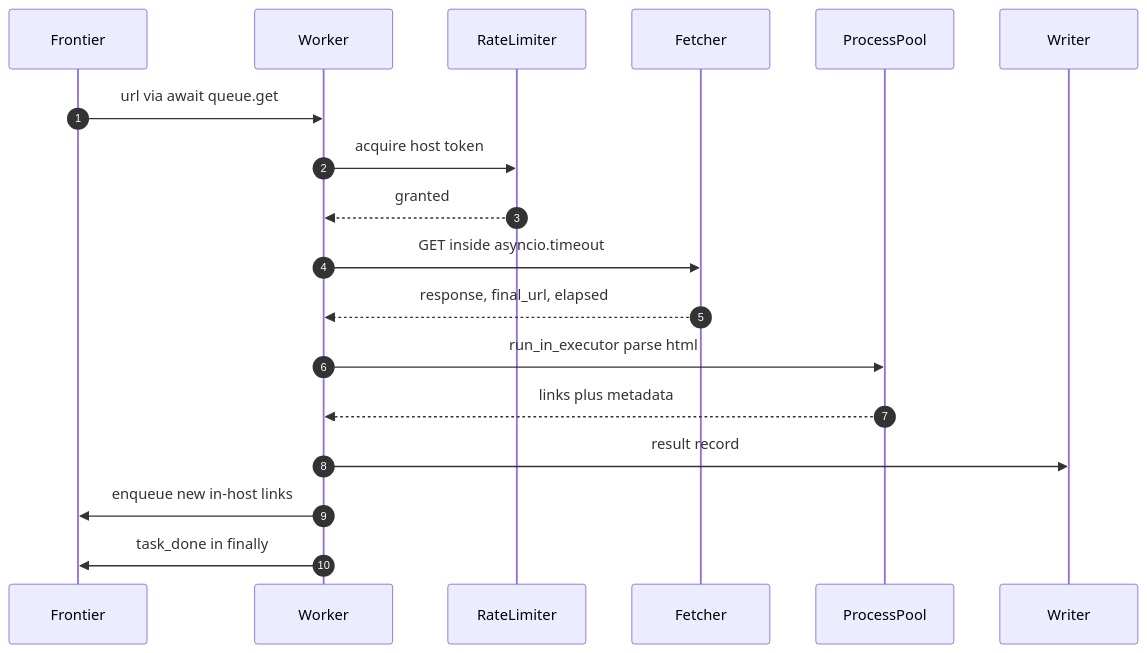
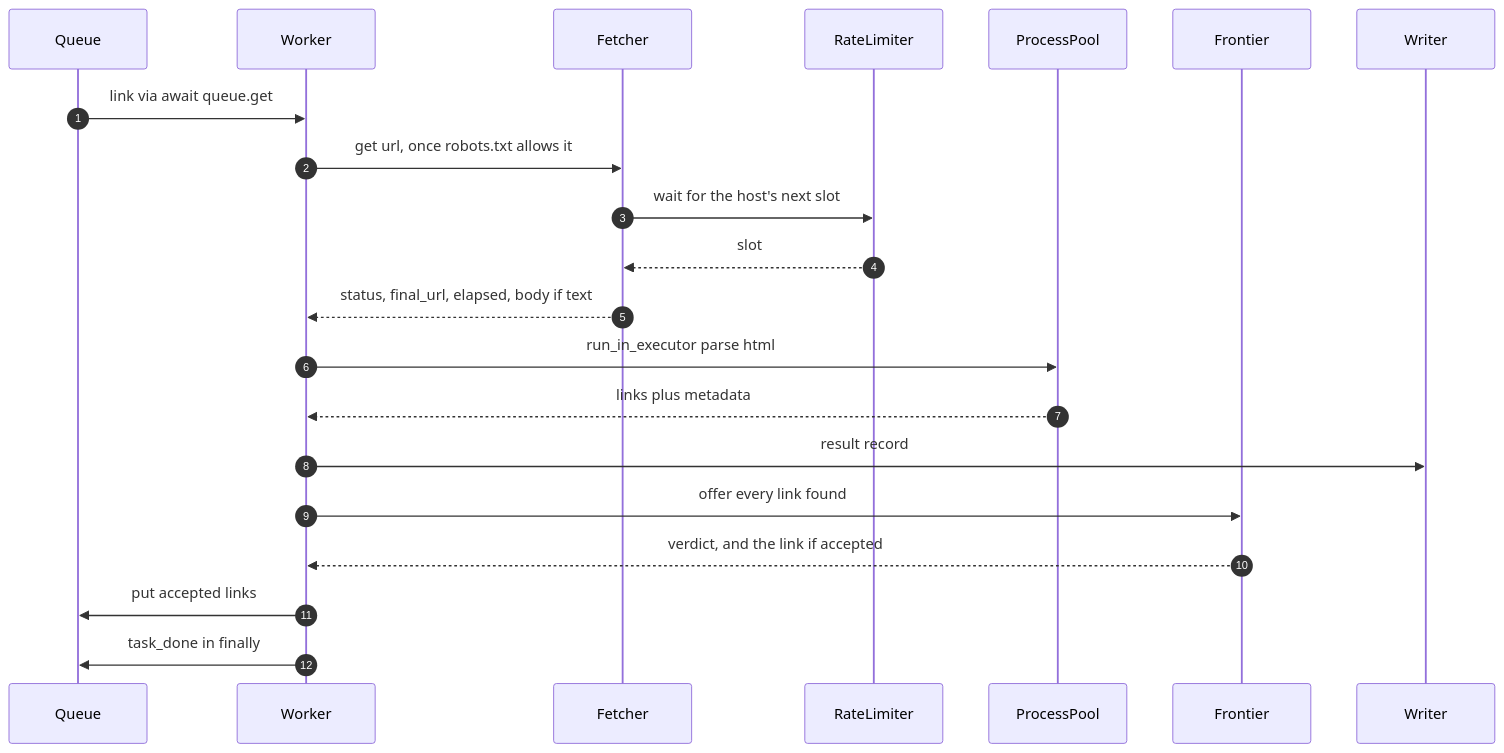
Before and after one commit to subham-hq/site-auditor: the second of 2 diagrams in README.md, drawn with Mermaid. The commit also changed other lines of this file and 1 other file, not shown here.

First line of the commit message:
docs: correct the architecture to match the code

````diff
--- a/README.md
+++ b/README.md
@@ -313,21 +305,24 @@
 ```mermaid
 sequenceDiagram
     autonumber
+    participant Q as Queue
+    participant W as Worker
+    participant H as Fetcher
+    participant R as RateLimiter
+    participant P as ProcessPool
     participant F as Frontier
-    participant W as Worker
-    participant R as RateLimiter
-    participant H as Fetcher
-    participant P as ProcessPool
     participant O as Writer
 
-    F->>W: url via await queue.get
-    W->>R: acquire host token
-    R-->>W: granted
-    W->>H: GET inside asyncio.timeout
-    H-->>W: response, final_url, elapsed
+    Q->>W: link via await queue.get
+    W->>H: get url, once robots.txt allows it
+    H->>R: wait for the host's next slot
+    R-->>H: slot
+    H-->>W: status, final_url, elapsed, body if text
     W->>P: run_in_executor parse html
     P-->>W: links plus metadata
     W->>O: result record
-    W->>F: enqueue new in-host links
-    W->>F: task_done in finally
+    W->>F: offer every link found
+    F-->>W: verdict, and the link if accepted
+    W->>Q: put accepted links
+    W->>Q: task_done in finally
 ```
````
